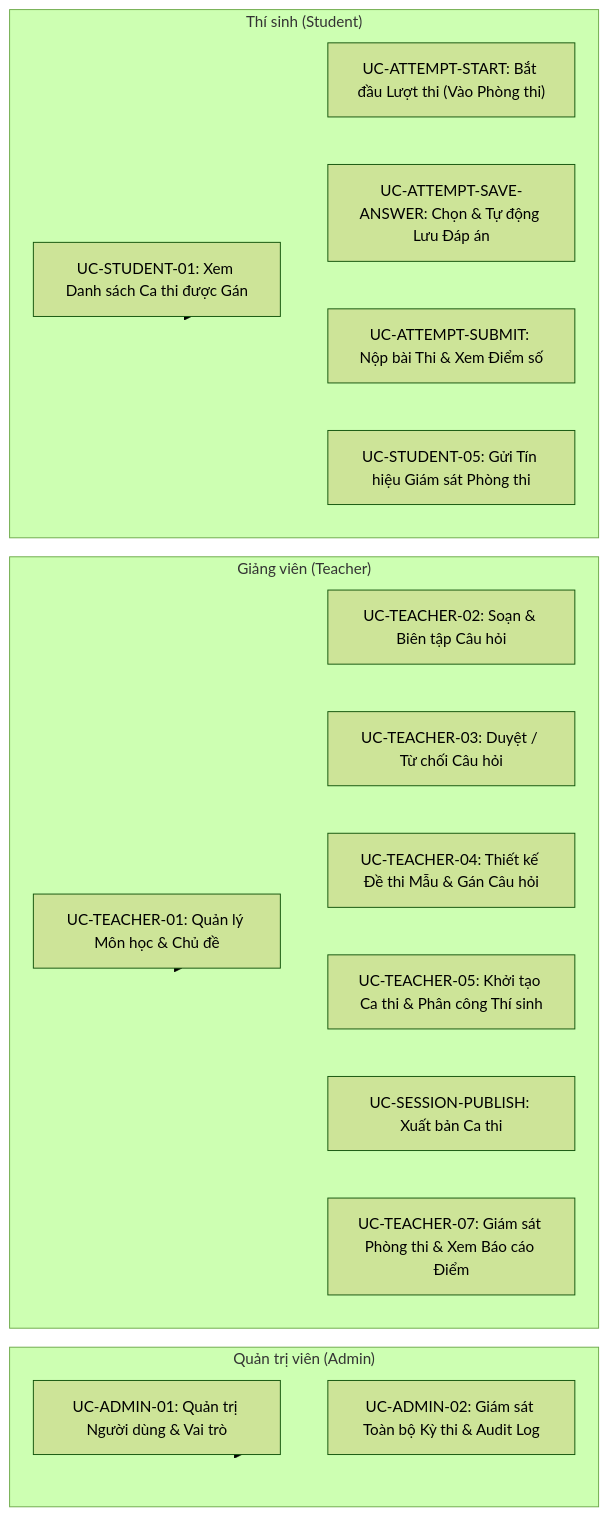
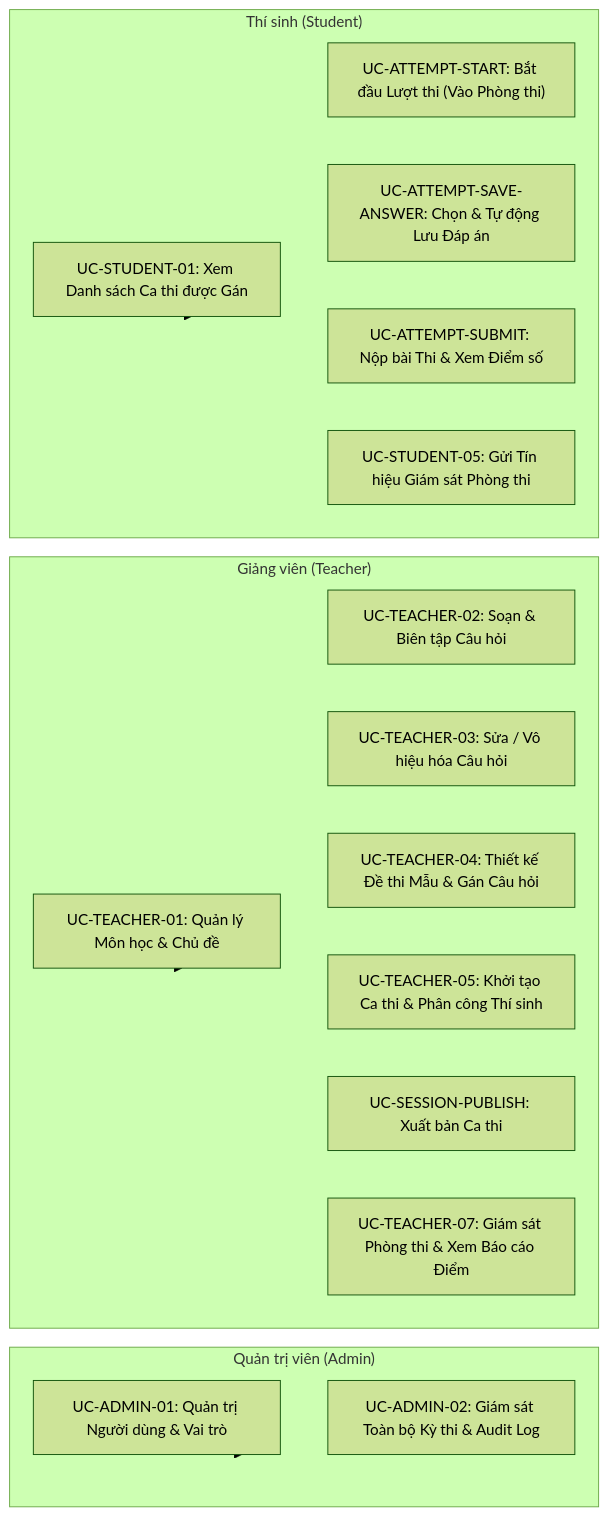
The diagram in docs/01-requirements/04-USE_CASES.md (duonyyy/Exam-Platform), drawn with Mermaid (forest theme) before and after one commit. The commit also changed 32 other files, not shown here.

````diff
--- a/docs/01-requirements/04-USE_CASES.md
+++ b/docs/01-requirements/04-USE_CASES.md
@@ -13,40 +13,40 @@
 ```mermaid
 flowchart LR
     subgraph Admins["Quản trị viên (Admin)"]
         UC_A1["UC-ADMIN-01: Quản trị Người dùng & Vai trò"]
         UC_A2["UC-ADMIN-02: Giám sát Toàn bộ Kỳ thi & Audit Log"]
     end
 
     subgraph Teachers["Giảng viên (Teacher)"]
         UC_T1["UC-TEACHER-01: Quản lý Môn học & Chủ đề"]
         UC_T2["UC-TEACHER-02: Soạn & Biên tập Câu hỏi"]
-        UC_T3["UC-TEACHER-03: Duyệt / Từ chối Câu hỏi"]
+        UC_T3["UC-TEACHER-03: Sửa / Vô hiệu hóa Câu hỏi"]
         UC_T4["UC-TEACHER-04: Thiết kế Đề thi Mẫu & Gán Câu hỏi"]
         UC_T5["UC-TEACHER-05: Khởi tạo Ca thi & Phân công Thí sinh"]
         UC_T6["UC-SESSION-PUBLISH: Xuất bản Ca thi"]
         UC_T7["UC-TEACHER-07: Giám sát Phòng thi & Xem Báo cáo Điểm"]
     end
 
     subgraph Students["Thí sinh (Student)"]
         UC_S1["UC-STUDENT-01: Xem Danh sách Ca thi được Gán"]
         UC_S2["UC-ATTEMPT-START: Bắt đầu Lượt thi (Vào Phòng thi)"]
         UC_S3["UC-ATTEMPT-SAVE-ANSWER: Chọn & Tự động Lưu Đáp án"]
         UC_S4["UC-ATTEMPT-SUBMIT: Nộp bài Thi & Xem Điểm số"]
         UC_S5["UC-STUDENT-05: Gửi Tín hiệu Giám sát Phòng thi"]
     end
 
     Admins --> UC_A1
     Admins --> UC_A2
     Teachers --> UC_T1
     Teachers --> UC_T2
     Teachers --> UC_T3
     Teachers --> UC_T4
     Teachers --> UC_T5
     Teachers --> UC_T6
     Teachers --> UC_T7
     Students --> UC_S1
     Students --> UC_S2
     Students --> UC_S3
     Students --> UC_S4
     Students --> UC_S5
 ```
````
